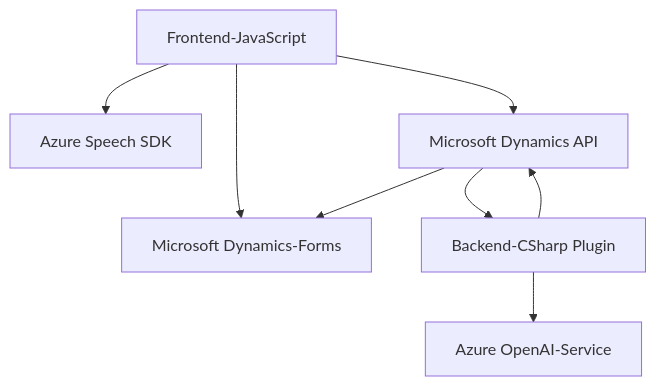
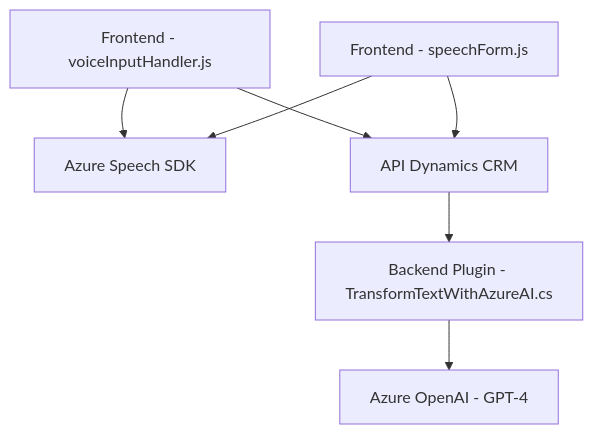
The diagram in README.md (blopezdm/NETCORE_BILBAO2025), drawn with Mermaid before and after one commit. The commit also changed other lines of this file, not shown here.

````diff
--- a/README.md
+++ b/README.md
@@ -49,17 +46,16 @@
 ```mermaid
 graph TD
-    A["Frontend-JavaScript"]
-    B["Azure Speech SDK"]
-    C["Microsoft Dynamics-Forms"]
-    D["Backend-CSharp Plugin"]
-    E["Azure OpenAI-Service"]
-    F["Microsoft Dynamics API"]
+    A["Frontend - voiceInputHandler.js"]
+    B["Frontend - speechForm.js"]
+    C["Azure Speech SDK"]
+    D["API Dynamics CRM"]
+    E["Backend Plugin - TransformTextWithAzureAI.cs"]
+    F["Azure OpenAI - GPT-4"]
     
     A --> C
-    A --> B
-    A --> F
-    F --> C
-    F --> D
-    D --> F
+    A --> D
+    B --> C
+    B --> D
     D --> E
+    E --> F
 ```
````
